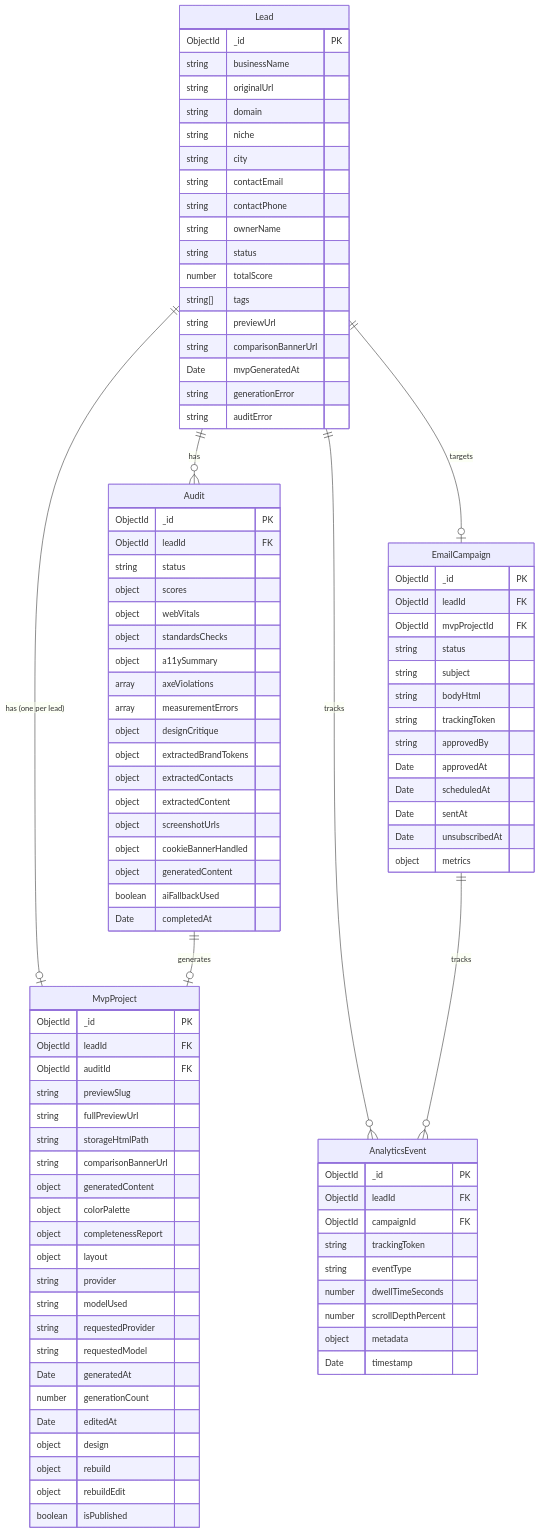
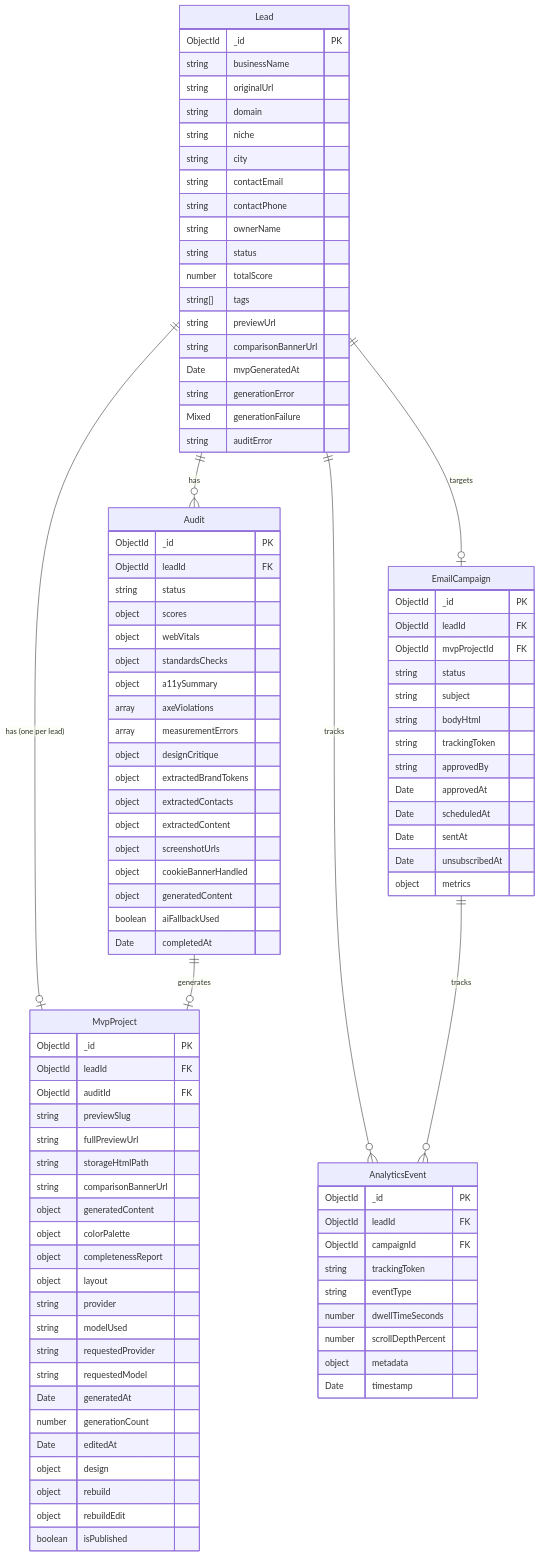
Before and after one commit to yurykurouski/revamp-docs: the seventh of 10 diagrams in blueprint.md, drawn with Mermaid. The commit also changed other lines of this file and 4 other files, not shown here.

```diff
--- a/blueprint.md
+++ b/blueprint.md
@@ -474,6 +474,7 @@
         string comparisonBannerUrl
         Date mvpGeneratedAt
         string generationError
+        Mixed generationFailure
         string auditError
     }
 
```
